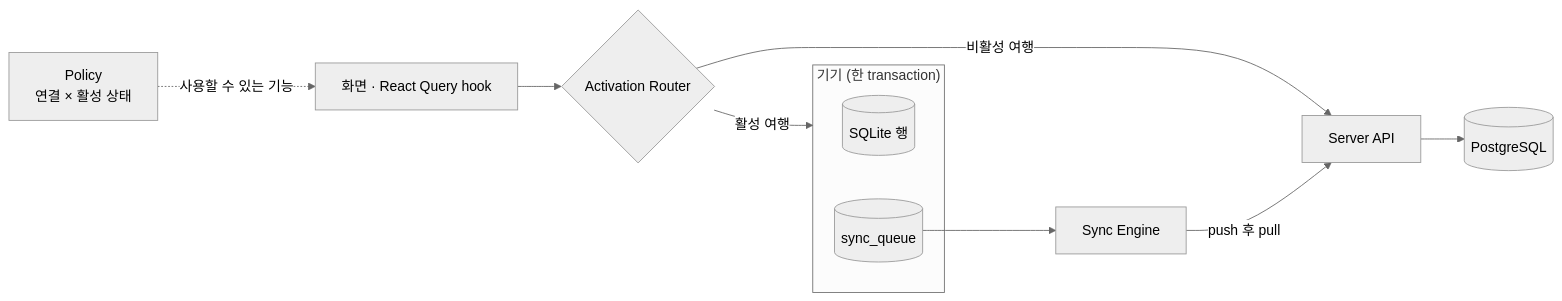
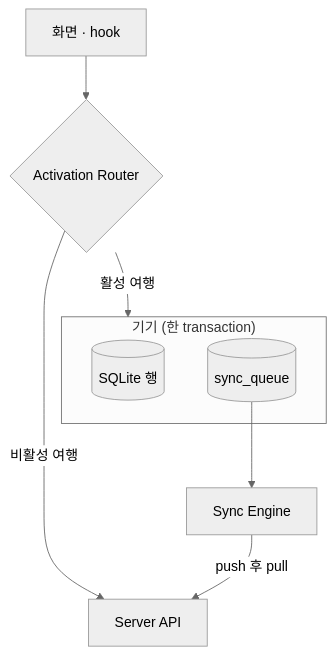
One commit to hmy751/noline changed the diagram in README.md. Above: the diagram before and after it, drawn with Mermaid (neutral theme). The commit also changed other lines of this file, not shown here.

````diff
--- a/README.md
+++ b/README.md
@@ -87,17 +98,15 @@
 ```mermaid
-flowchart LR
-    UI["화면 · React Query hook"] --> Router{"Activation Router"}
-    Policy["Policy<br/>연결 × 활성 상태"] -. "사용할 수 있는 기능" .-> UI
+flowchart TB
+    UI["화면 · hook"] --> Router{"Activation Router"}
 
     Router -- "활성 여행" --> Local
     Router -- "비활성 여행" --> API["Server API"]
 
     subgraph Local["기기 (한 transaction)"]
         Rows[("SQLite 행")]
         Queue[("sync_queue")]
     end
 
     Queue --> Engine["Sync Engine"]
     Engine -- "push 후 pull" --> API
-    API --> PG[("PostgreSQL")]
 ```
````
